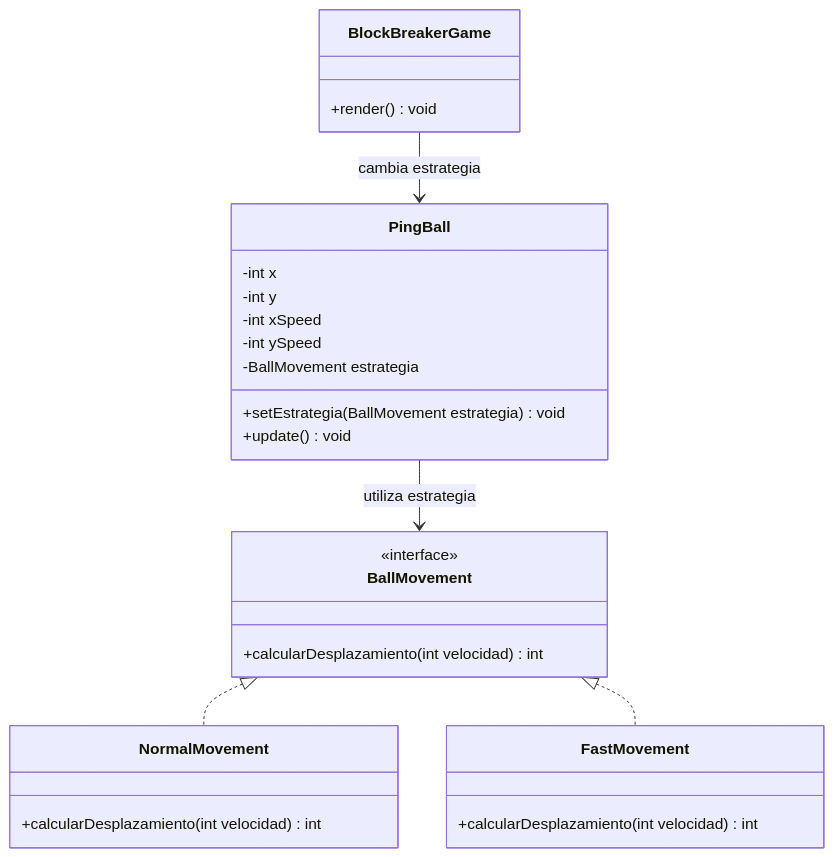
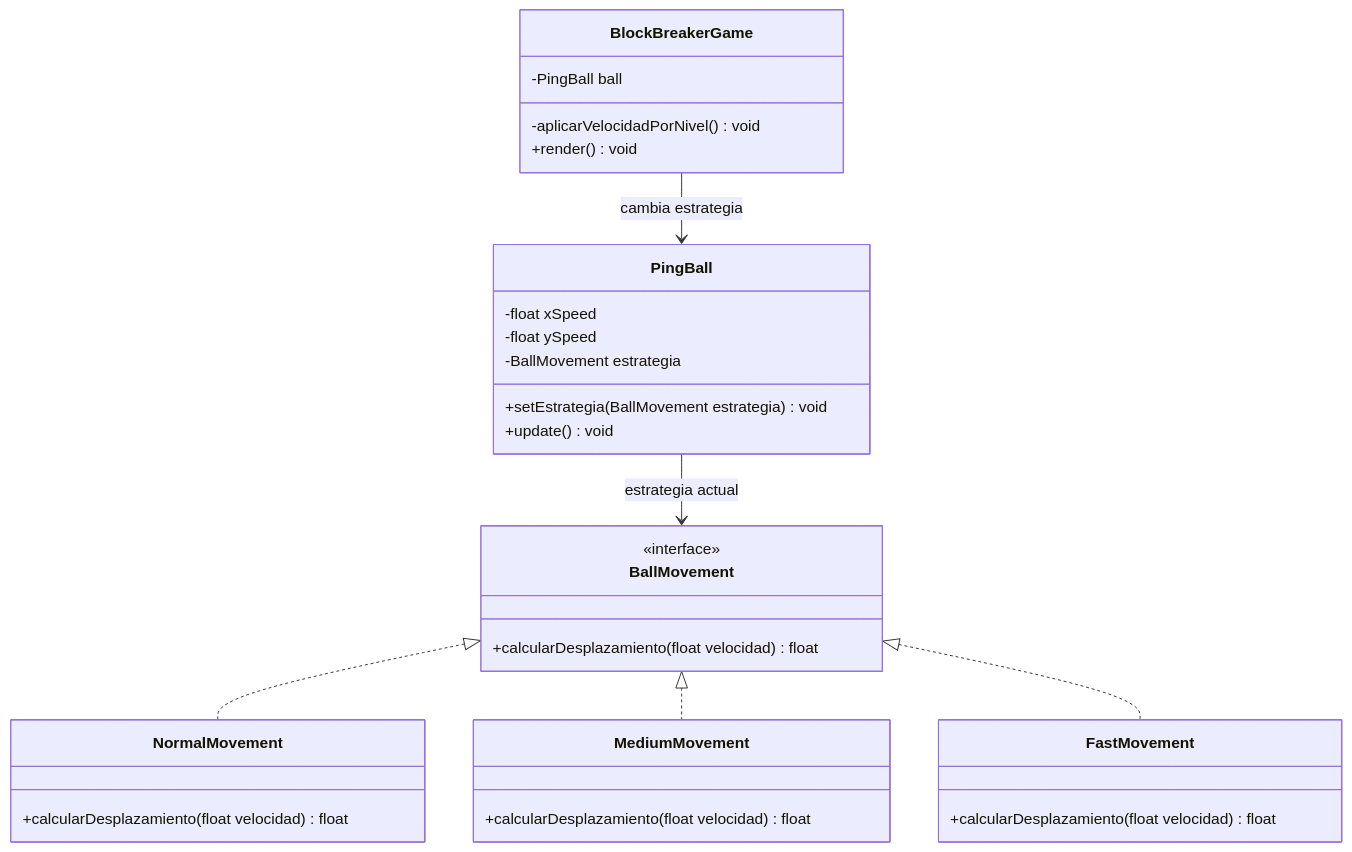
One commit to Curruk/ProyectoBlockBreaker changed the second of 4 diagrams in patrones.md. Above: the diagram before and after it, drawn with Mermaid. The commit also changed other lines of this file, not shown here.

Commit message:
Refactor game structure

````diff
--- a/patrones.md
+++ b/patrones.md
@@ -42,35 +47,42 @@
 ```mermaid
 classDiagram
-    class BallMovement {
-        <<interface>>
-        +calcularDesplazamiento(int velocidad) int
-    }
+direction TB
 
-    class NormalMovement {
-        +calcularDesplazamiento(int velocidad) int
-    }
+class BallMovement {
+    <<interface>>
+    +calcularDesplazamiento(float velocidad) float
+}
 
-    class FastMovement {
-        +calcularDesplazamiento(int velocidad) int
-    }
+class NormalMovement {
+    +calcularDesplazamiento(float velocidad) float
+}
 
-    class PingBall {
-        -int x
-        -int y
-        -int xSpeed
-        -int ySpeed
-        -BallMovement estrategia
-        +setEstrategia(BallMovement estrategia) void
-        +update() void
-    }
+class MediumMovement {
+    +calcularDesplazamiento(float velocidad) float
+}
 
-    class BlockBreakerGame {
-        +render() void
-    }
+class FastMovement {
+    +calcularDesplazamiento(float velocidad) float
+}
 
-    BallMovement <|.. NormalMovement
-    BallMovement <|.. FastMovement
+class PingBall {
+    -float xSpeed
+    -float ySpeed
+    -BallMovement estrategia
+    +setEstrategia(BallMovement estrategia) void
+    +update() void
+}
 
-    PingBall --> BallMovement : utiliza estrategia
-    BlockBreakerGame --> PingBall : cambia estrategia
+class BlockBreakerGame {
+    -PingBall ball
+    -aplicarVelocidadPorNivel() void
+    +render() void
+}
+
+BallMovement <|.. NormalMovement
+BallMovement <|.. MediumMovement
+BallMovement <|.. FastMovement
+
+PingBall --> BallMovement : estrategia actual
+BlockBreakerGame --> PingBall : cambia estrategia
 ```
````
